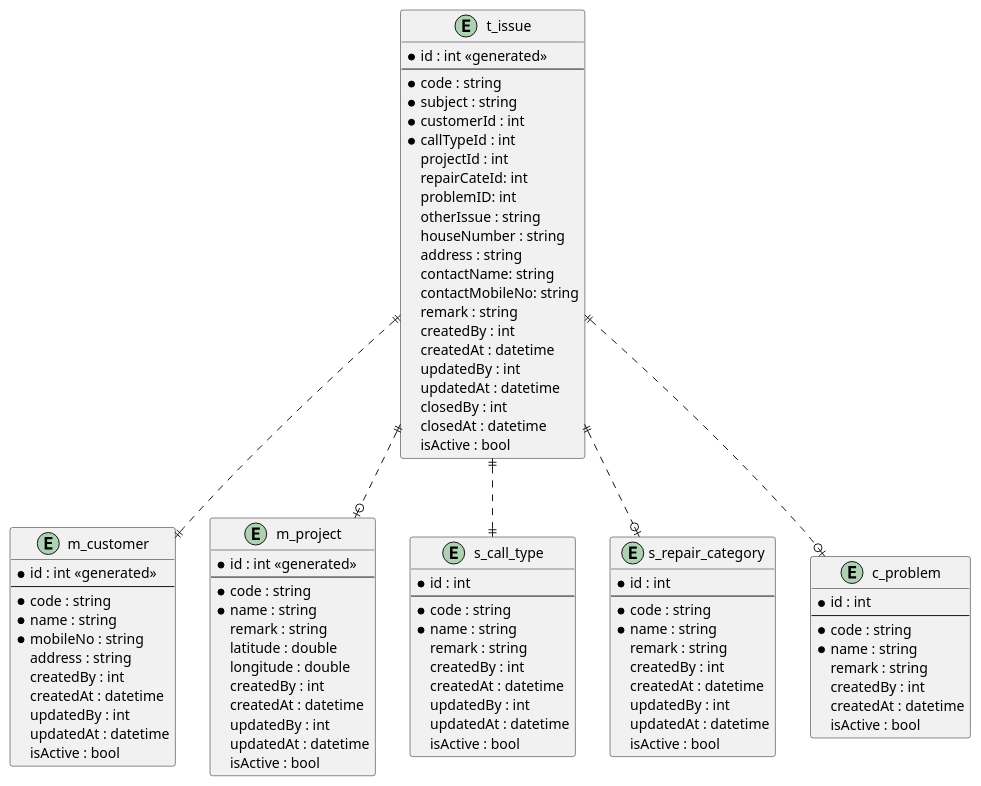
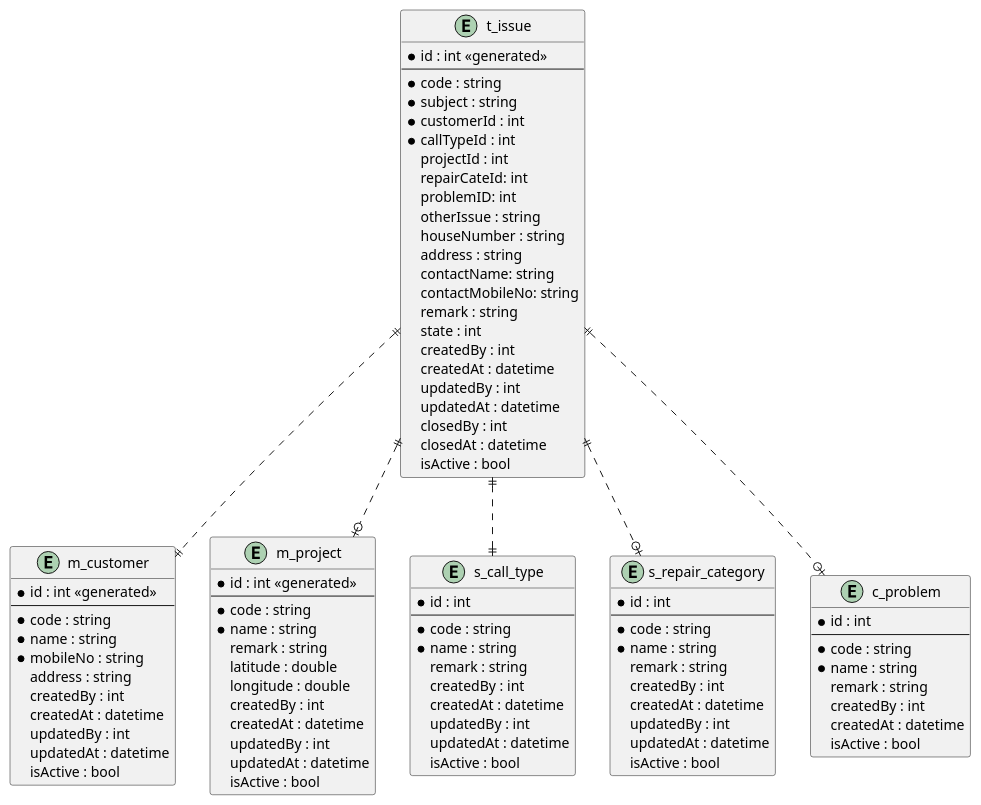
One commit to WutXoXo/call-center-tasks changed the diagram in flow/er-design.puml. Above: the diagram before and after it, drawn with PlantUML. The commit also changed 118 other files, not shown here.

```diff
--- a/flow/er-design.puml
+++ b/flow/er-design.puml
@@ -1,100 +1,101 @@
 @startuml
 entity "t_issue" as tIssue {
   *id : int <<generated>>
   --
   *code : string
   *subject : string
   *customerId : int
   *callTypeId : int
   projectId : int
   repairCateId: int
   problemID: int
   otherIssue : string 
   houseNumber : string
   address : string
   contactName: string
   contactMobileNo: string
   remark : string
+  state : int
   createdBy : int
   createdAt : datetime
   updatedBy : int
   updatedAt : datetime
   closedBy : int
   closedAt : datetime
   isActive : bool
 }
 
 entity "m_customer" as mCustomer {
   *id : int <<generated>>
   --
   *code : string
   *name : string
   *mobileNo : string
   address : string
   createdBy : int
   createdAt : datetime
   updatedBy : int
   updatedAt : datetime
   isActive : bool
 }
 
 entity "m_project" as mProject {
   *id : int <<generated>>
   --
   *code : string
   *name : string
   remark : string
   latitude : double
   longitude : double
   createdBy : int
   createdAt : datetime
   updatedBy : int
   updatedAt : datetime
   isActive : bool
 }
 
 entity "s_call_type" as sCallType {
   *id : int
   --
   *code : string
   *name : string
   remark : string
   createdBy : int
   createdAt : datetime
   updatedBy : int
   updatedAt : datetime
   isActive : bool
 }
 
 entity "s_repair_category" as sRepairCategory {
   *id : int
   --
   *code : string
   *name : string
   remark : string
   createdBy : int
   createdAt : datetime
   updatedBy : int
   updatedAt : datetime
   isActive : bool
 }
 
 entity "c_problem" as cProblem {
   *id : int
   --
   *code : string
   *name : string
   remark : string
   createdBy : int
   createdAt : datetime
   isActive : bool
 }
 
 
 tIssue ||..|| mCustomer
 tIssue ||..|| sCallType
 tIssue ||..o| mProject
 tIssue ||..o| sRepairCategory
 tIssue ||..o| cProblem
 
 @enduml
```
